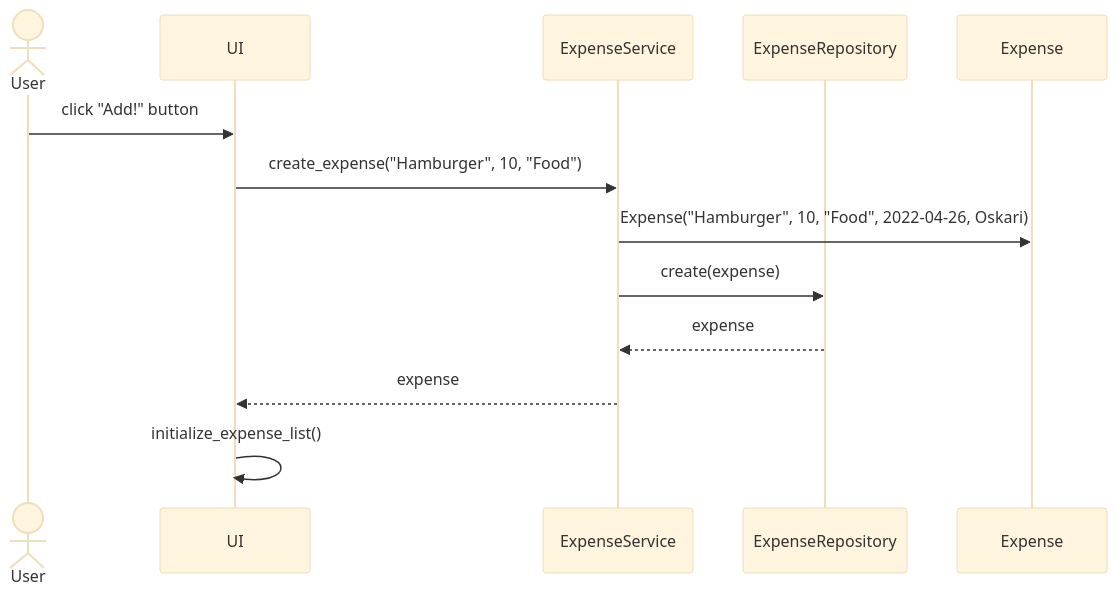
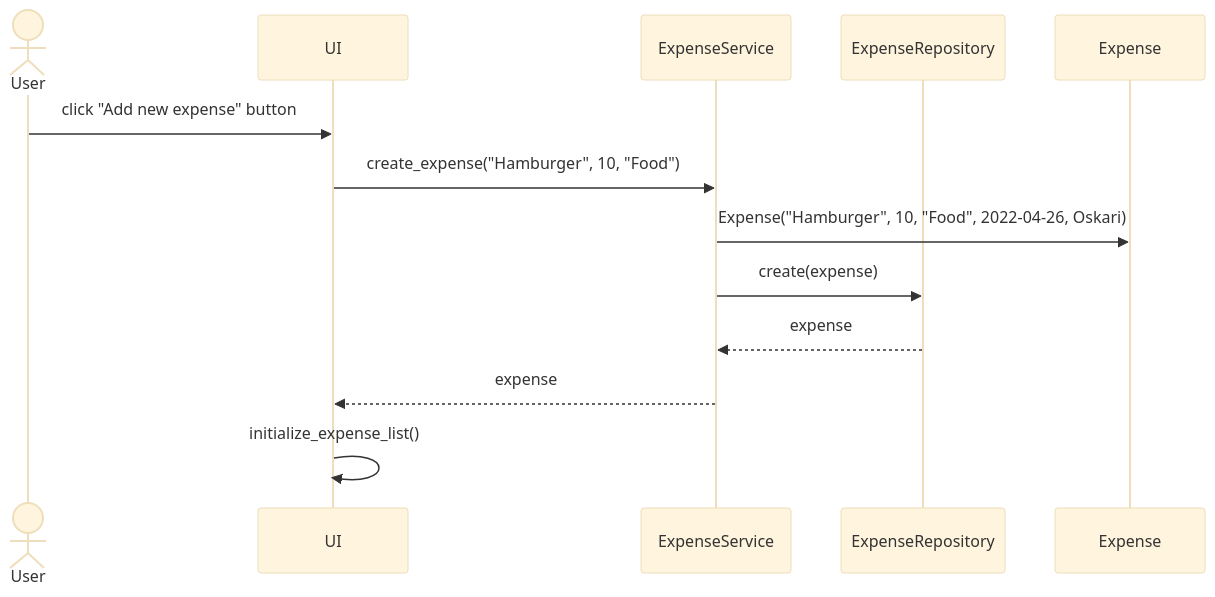
One commit to oheinonen/ot-harjoitustyo changed the second of 2 diagrams in documentation/architecture.md. Above: the diagram before and after it, drawn with Mermaid (base theme). The commit also changed other lines of this file, not shown here.

````diff
--- a/documentation/architecture.md
+++ b/documentation/architecture.md
@@ -30,13 +53,13 @@
 ```mermaid
 
 sequenceDiagram
     actor User
-    User ->> UI: click "Add!" button
+    User ->> UI: click "Add new expense" button
     UI ->> ExpenseService: create_expense("Hamburger", 10, "Food")
     participant ExpenseRepository
     ExpenseService ->> Expense: Expense("Hamburger", 10, "Food", 2022-04-26, Oskari)
     ExpenseService ->> ExpenseRepository: create(expense)
     ExpenseRepository -->> ExpenseService: expense
     ExpenseService -->> UI: expense
     UI ->> UI: initialize_expense_list()
 ```
````
